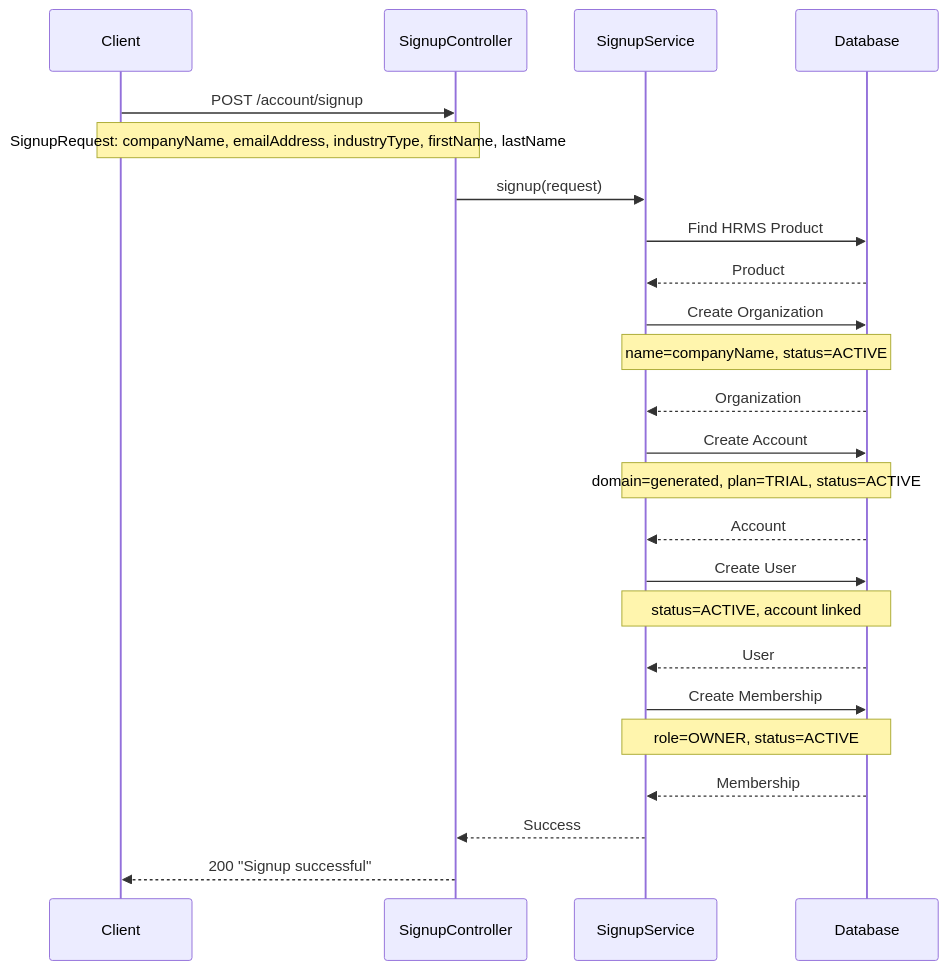
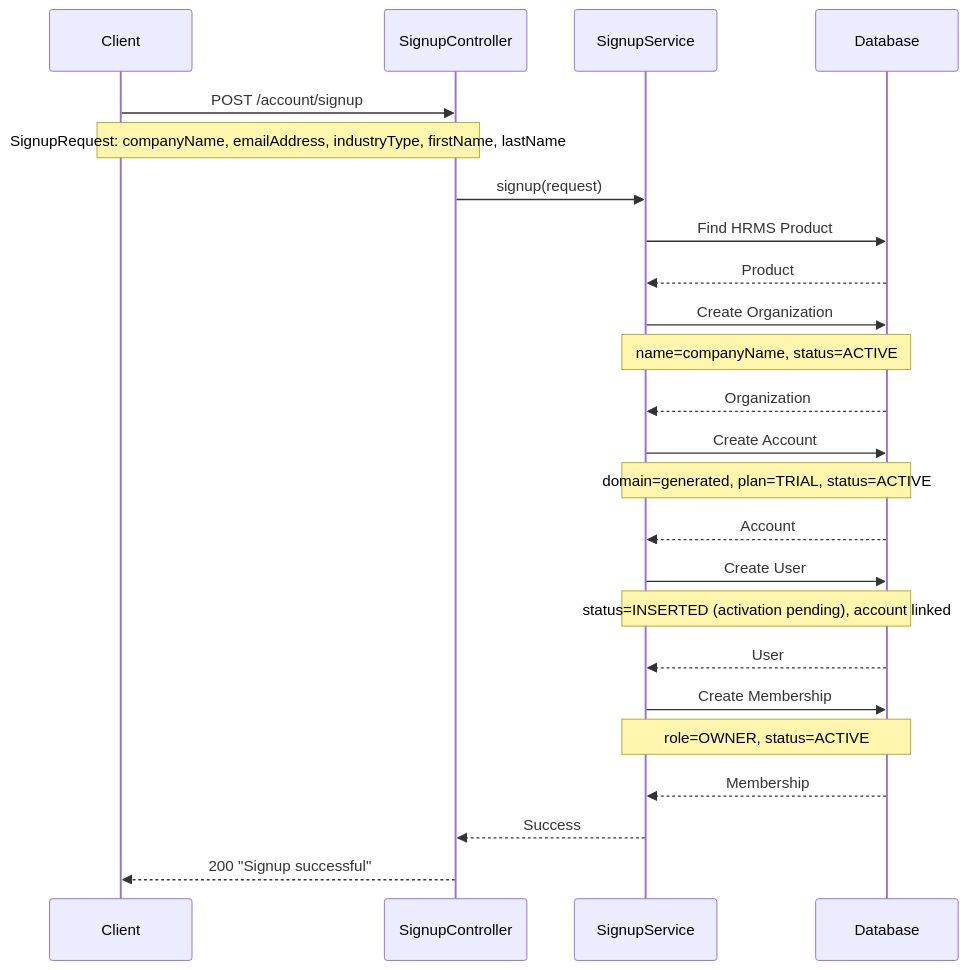
The third of 8 diagrams in application-flow-diagram.md (imprabu/delight-account-service), drawn with Mermaid before and after one commit. The commit also changed other lines of this file and 75 other files, not shown here.

````diff
--- a/application-flow-diagram.md
+++ b/application-flow-diagram.md
@@ -128,34 +141,34 @@
 ```mermaid
 sequenceDiagram
     participant Client
     participant SignupController
     participant SignupService
     participant DB as Database
     
     Client->>SignupController: POST /account/signup
     Note over Client,SignupController: SignupRequest: companyName, emailAddress, industryType, firstName, lastName
     
     SignupController->>SignupService: signup(request)
     
     SignupService->>DB: Find HRMS Product
     DB-->>SignupService: Product
     
     SignupService->>DB: Create Organization
     Note over SignupService,DB: name=companyName, status=ACTIVE
     DB-->>SignupService: Organization
     
     SignupService->>DB: Create Account
     Note over SignupService,DB: domain=generated, plan=TRIAL, status=ACTIVE
     DB-->>SignupService: Account
     
     SignupService->>DB: Create User
-    Note over SignupService,DB: status=ACTIVE, account linked
+    Note over SignupService,DB: status=INSERTED (activation pending), account linked
     DB-->>SignupService: User
     
     SignupService->>DB: Create Membership
     Note over SignupService,DB: role=OWNER, status=ACTIVE
     DB-->>SignupService: Membership
     
     SignupService-->>SignupController: Success
     SignupController-->>Client: 200 "Signup successful"
 ```
````
